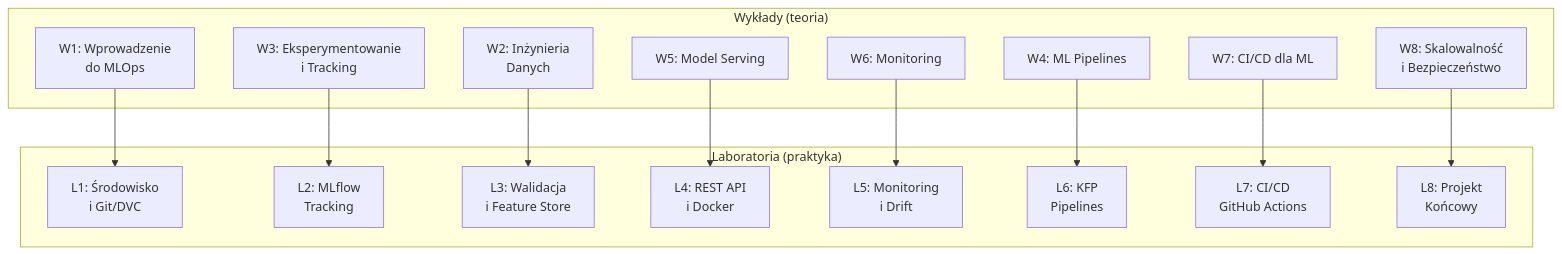
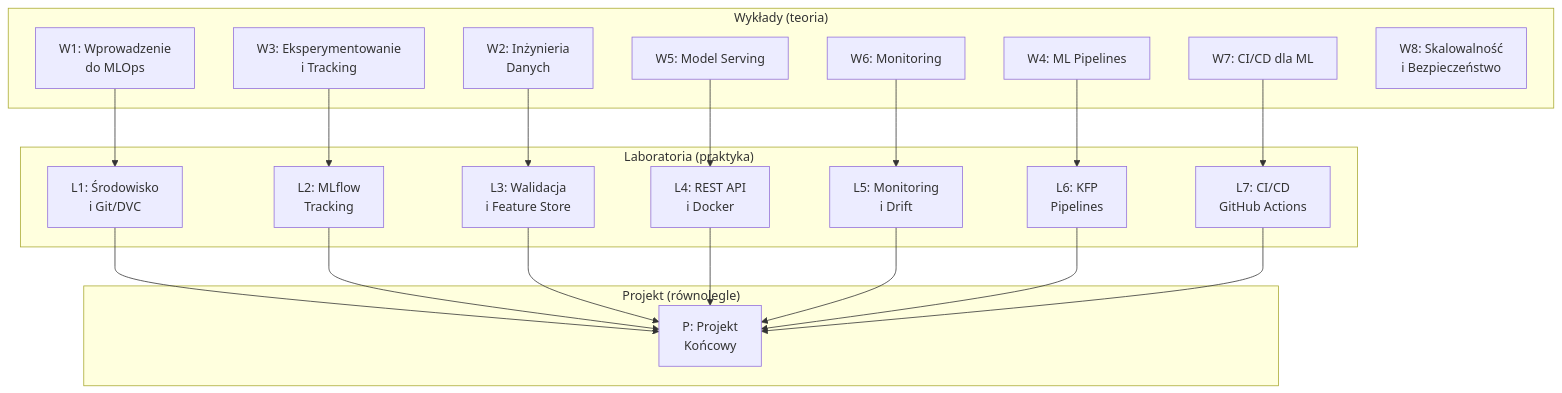
The first of 2 diagrams in README.md (zacniewski/materials-about-MLOps), drawn with Mermaid before and after one commit. The commit also changed other lines of this file and 1 other file, not shown here.

````diff
--- a/README.md
+++ b/README.md
@@ -53,33 +61,42 @@
 ```mermaid
 graph TB
     subgraph "Wykłady (teoria)"
         W1[W1: Wprowadzenie\ndo MLOps]
         W2[W2: Inżynieria\nDanych]
         W3[W3: Eksperymentowanie\ni Tracking]
         W4[W4: ML Pipelines]
         W5[W5: Model Serving]
         W6[W6: Monitoring]
         W7[W7: CI/CD dla ML]
         W8[W8: Skalowalność\ni Bezpieczeństwo]
     end
 
     subgraph "Laboratoria (praktyka)"
         L1[L1: Środowisko\ni Git/DVC]
         L2[L2: MLflow\nTracking]
         L3[L3: Walidacja\ni Feature Store]
         L4[L4: REST API\ni Docker]
         L5[L5: Monitoring\ni Drift]
         L6[L6: KFP\nPipelines]
         L7[L7: CI/CD\nGitHub Actions]
-        L8[L8: Projekt\nKońcowy]
+    end
+
+    subgraph "Projekt (równolegle)"
+        P0[P: Projekt\nKońcowy]
     end
 
     W1 --> L1
     W2 --> L3
     W3 --> L2
     W4 --> L6
     W5 --> L4
     W6 --> L5
     W7 --> L7
-    W8 --> L8
+    L1 --> P0
+    L2 --> P0
+    L3 --> P0
+    L4 --> P0
+    L5 --> P0
+    L6 --> P0
+    L7 --> P0
 ```
````
